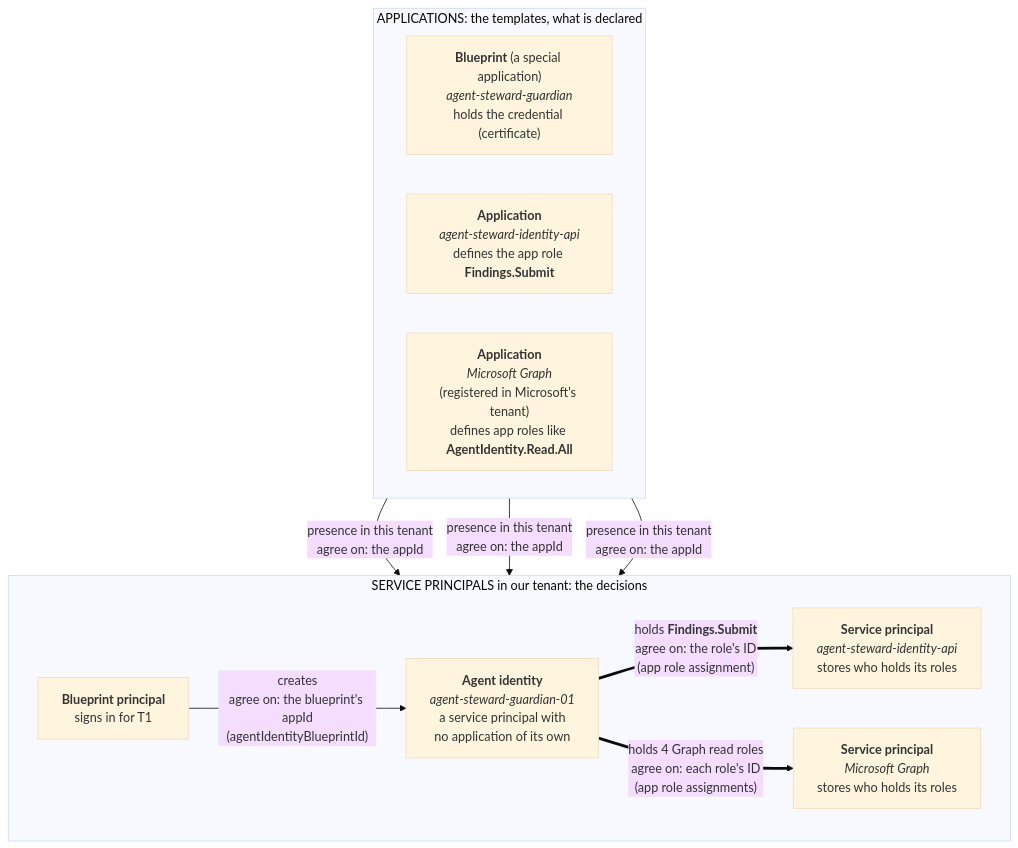
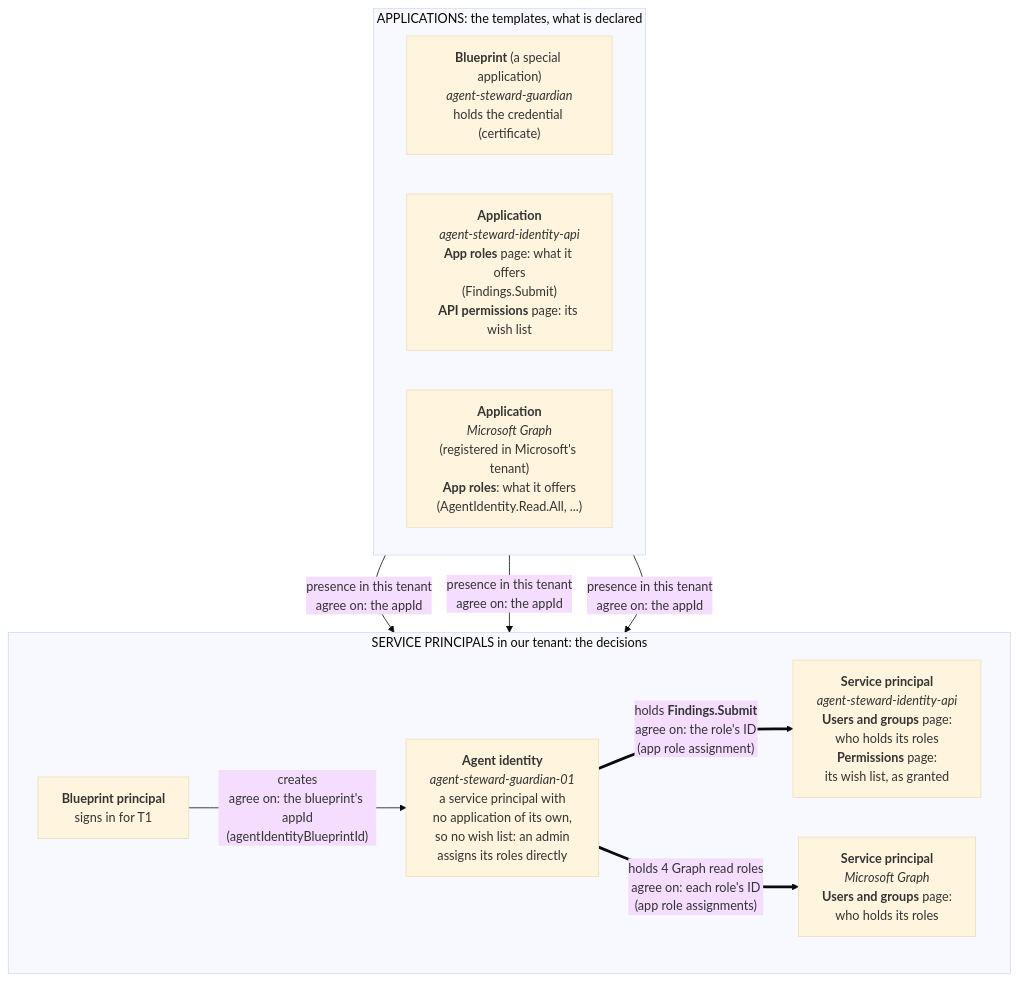
The second of 3 diagrams in docs/agent-id.md (alireza-mpr/agent-steward), drawn with Mermaid (base theme) before and after one commit. The commit also changed other lines of this file and 1 other file, not shown here.

Commit message:
docs(agent-id): name the portal pages for offered, requested and granted permissions

````diff
--- a/docs/agent-id.md
+++ b/docs/agent-id.md
@@ -109,24 +109,24 @@
 ```mermaid
 flowchart TB
     subgraph APPS["APPLICATIONS: the templates, what is declared"]
         direction LR
         BP["<b>Blueprint</b> (a special application)<br/><i>agent-steward-guardian</i><br/>holds the credential (certificate)"]
-        APIAPP["<b>Application</b><br/><i>agent-steward-identity-api</i><br/>defines the app role <b>Findings.Submit</b>"]
-        GAPP["<b>Application</b><br/><i>Microsoft Graph</i><br/>(registered in Microsoft's tenant)<br/>defines app roles like <b>AgentIdentity.Read.All</b>"]
+        APIAPP["<b>Application</b><br/><i>agent-steward-identity-api</i><br/><b>App roles</b> page: what it offers<br/>(Findings.Submit)<br/><b>API permissions</b> page: its wish list"]
+        GAPP["<b>Application</b><br/><i>Microsoft Graph</i><br/>(registered in Microsoft's tenant)<br/><b>App roles</b>: what it offers<br/>(AgentIdentity.Read.All, ...)"]
     end
 
     subgraph TENANT["SERVICE PRINCIPALS in our tenant: the decisions"]
         direction LR
         BPP["<b>Blueprint principal</b><br/>signs in for T1"]
-        AI["<b>Agent identity</b><br/><i>agent-steward-guardian-01</i><br/>a service principal with<br/>no application of its own"]
-        APISP["<b>Service principal</b><br/><i>agent-steward-identity-api</i><br/>stores who holds its roles"]
-        GSP["<b>Service principal</b><br/><i>Microsoft Graph</i><br/>stores who holds its roles"]
+        AI["<b>Agent identity</b><br/><i>agent-steward-guardian-01</i><br/>a service principal with<br/>no application of its own,<br/>so no wish list: an admin<br/>assigns its roles directly"]
+        APISP["<b>Service principal</b><br/><i>agent-steward-identity-api</i><br/><b>Users and groups</b> page:<br/>who holds its roles<br/><b>Permissions</b> page:<br/>its wish list, as granted"]
+        GSP["<b>Service principal</b><br/><i>Microsoft Graph</i><br/><b>Users and groups</b> page:<br/>who holds its roles"]
     end
 
     BP -- "presence in this tenant<br/>agree on: the appId" --> BPP
     APIAPP -- "presence in this tenant<br/>agree on: the appId" --> APISP
     GAPP -- "presence in this tenant<br/>agree on: the appId" --> GSP
     BPP -- "creates<br/>agree on: the blueprint's appId<br/>(agentIdentityBlueprintId)" --> AI
     AI == "holds <b>Findings.Submit</b><br/>agree on: the role's ID<br/>(app role assignment)" ==> APISP
     AI == "holds 4 Graph read roles<br/>agree on: each role's ID<br/>(app role assignments)" ==> GSP
 ```
````
